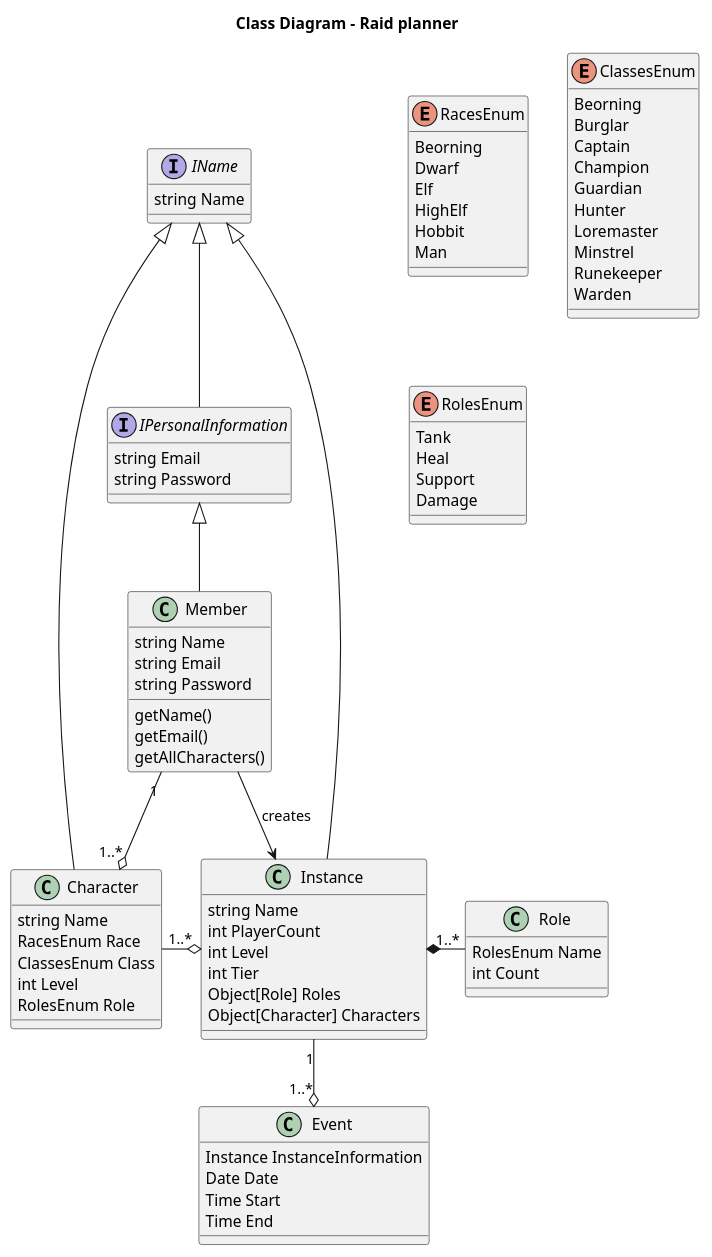
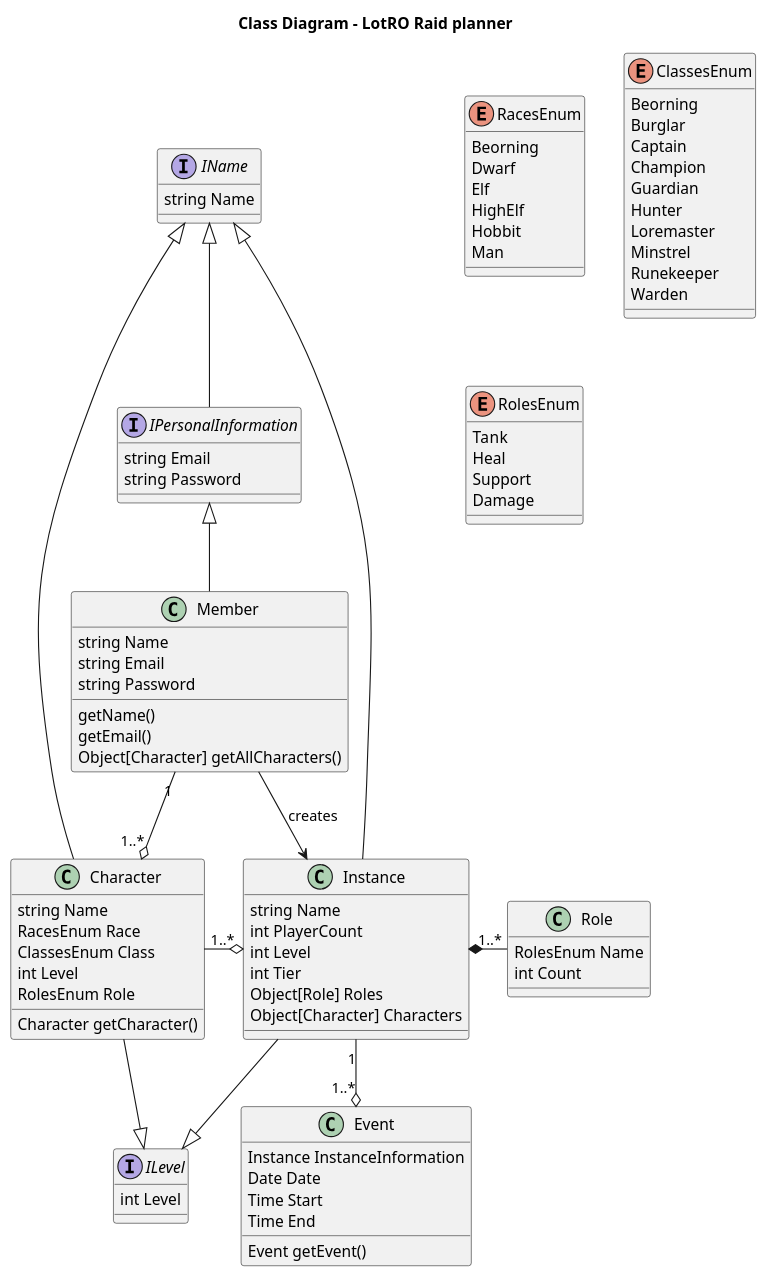
The diagram in UML/esa1_uml-raidplanner.pu (DeathAngelDaemon/studium_vws), drawn with PlantUML before and after one commit.

Commit message:
add methods & new interface

```diff
--- a/UML/esa1_uml-raidplanner.pu
+++ b/UML/esa1_uml-raidplanner.pu
@@ -1,89 +1,96 @@
 @startuml
 
-title Class Diagram - Raid planner
+title Class Diagram - LotRO Raid planner
 
 interface IName {
   string Name
 }
 interface IPersonalInformation {
   string Email
   string Password
+}
+interface ILevel {
+  int Level
 }
 
 enum RacesEnum {
   Beorning
   Dwarf
   Elf
   HighElf
   Hobbit
   Man
 }
 enum ClassesEnum {
   Beorning
   Burglar
   Captain
   Champion
   Guardian
   Hunter
   Loremaster
   Minstrel
   Runekeeper
   Warden
 }
 enum RolesEnum {
   Tank
   Heal
   Support
   Damage
 }
 
 class Member {
   string Name
   string Email
   string Password
   getName()
   getEmail()
-  getAllCharacters()
+  Object[Character] getAllCharacters()
 }
 
 class Character {
   string Name
   RacesEnum Race
   ClassesEnum Class
   int Level
   RolesEnum Role
+  Character getCharacter()
 }
 
 class Role {
   RolesEnum Name
   int Count
 }
 
 class Instance {
   string Name
   int PlayerCount
   int Level
   int Tier
   Object[Role] Roles
   Object[Character] Characters
 }
 
 class Event {
   Instance InstanceInformation
   Date Date
   Time Start
   Time End
+  Event getEvent()
 }
 
 IName <|-- IPersonalInformation
 IPersonalInformation <|-- Member
 IName <|-- Character
 IName <|-- Instance
+Character --|> ILevel
+Instance --|> ILevel
 
 Member "1" --o "1..*" Character
 Character "1..*" -o Instance
 Member --> Instance : "creates"
 Instance "1" --o "1..*" Event
 Instance "1..*" *- Role
 
 @enduml
```
